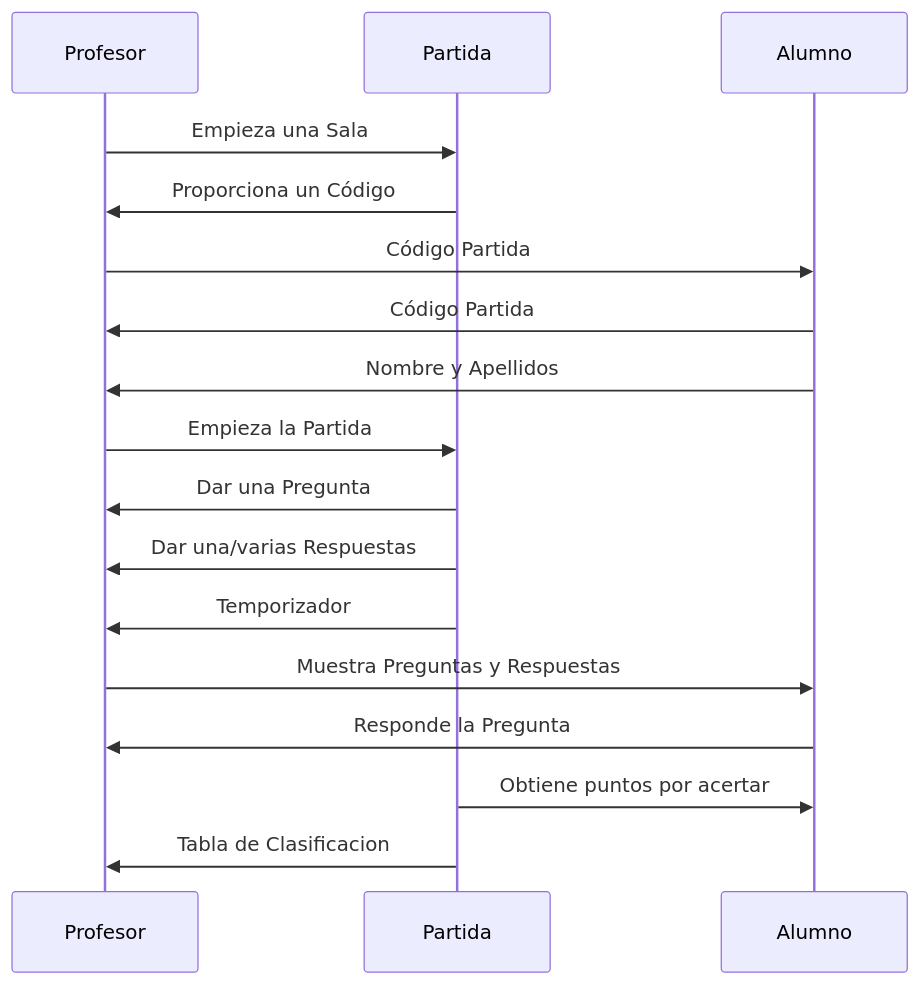
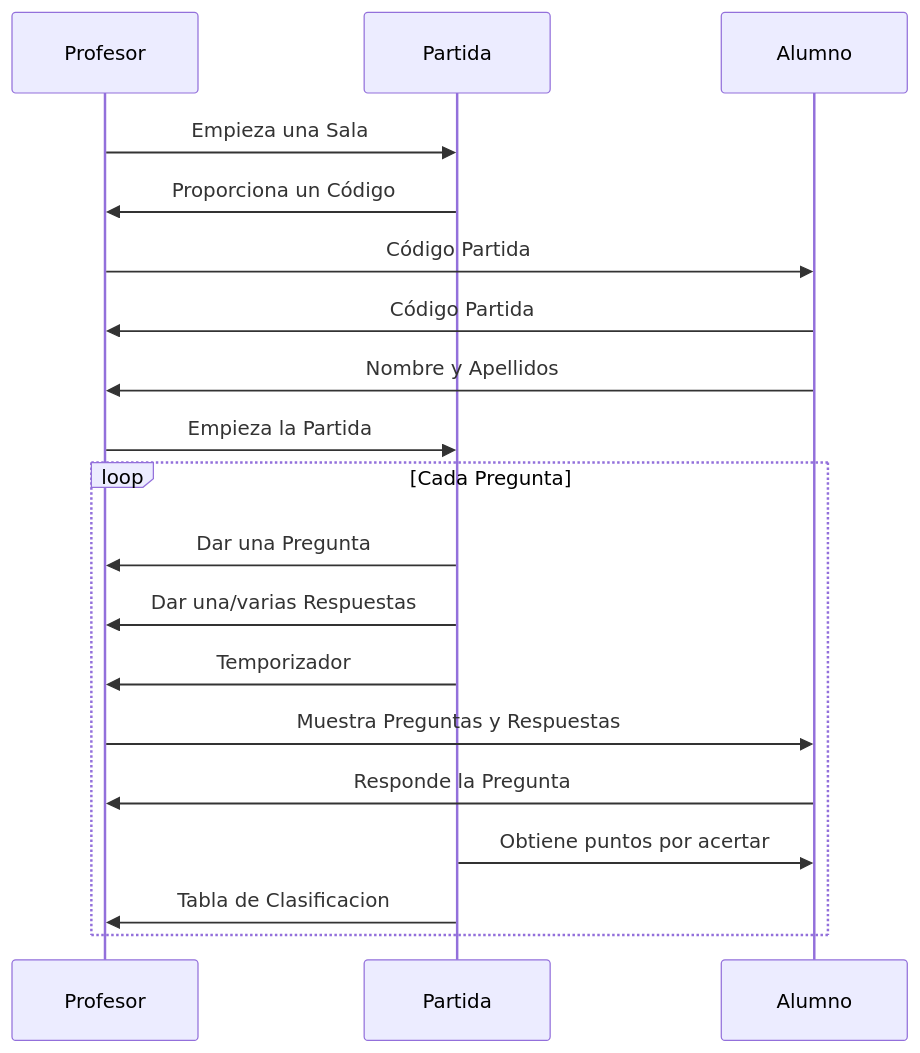
Before and after one commit to MyNameIsAlecs/Kahoot-UML: the diagram in README.md, drawn with Mermaid.

````diff
--- a/README.md
+++ b/README.md
@@ -32,17 +32,19 @@
 ```mermaid
     sequenceDiagram
     Profesor ->> Partida : Empieza una Sala
     Partida ->> Profesor : Proporciona un Código
     Profesor ->> Alumno : Código Partida
     Alumno ->> Profesor : Código Partida
     Alumno ->> Profesor : Nombre y Apellidos
     Profesor ->> Partida : Empieza la Partida
+    loop Cada Pregunta
     Partida ->> Profesor : Dar una Pregunta
     Partida ->> Profesor : Dar una/varias Respuestas
     Partida ->> Profesor : Temporizador
     Profesor ->> Alumno : Muestra Preguntas y Respuestas
     Alumno ->> Profesor : Responde la Pregunta
     Partida ->> Alumno : Obtiene puntos por acertar
     Partida ->> Profesor: Tabla de Clasificacion
+    end
 
 ```
````
